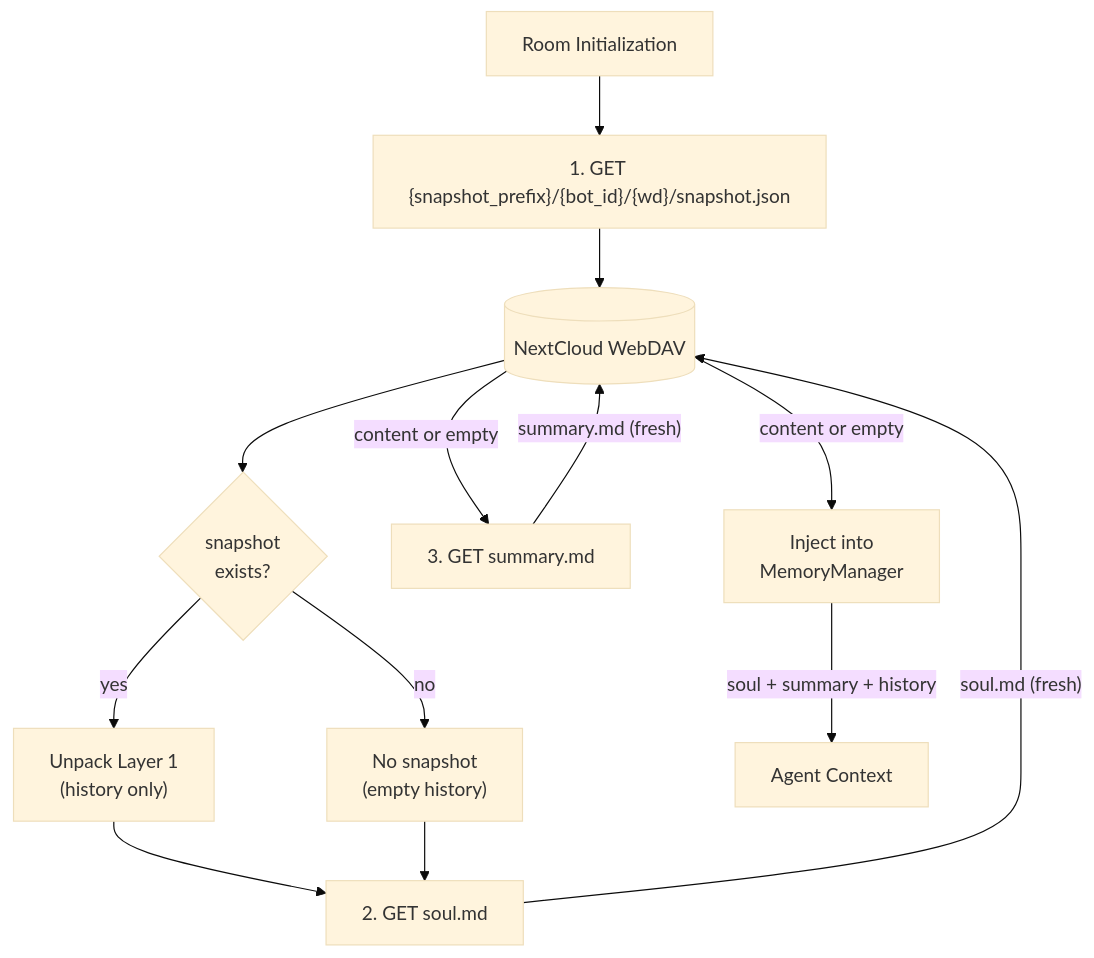
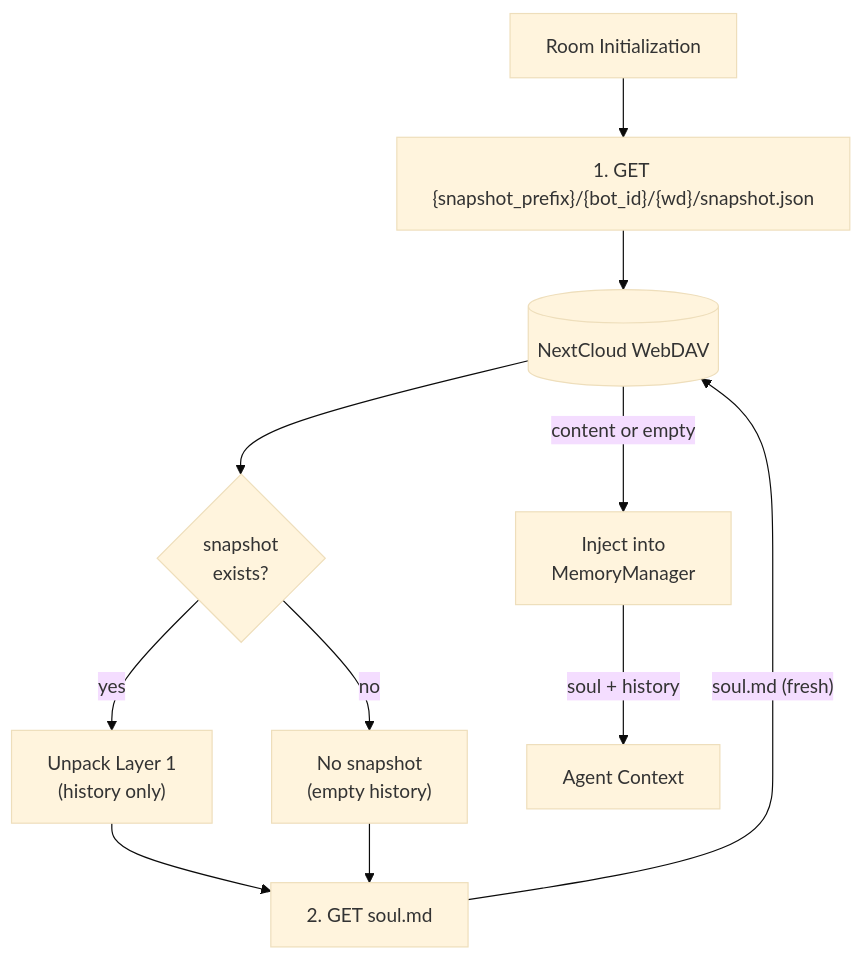
Before and after one commit to cosmoswafer/rockbot: the fourth of 6 diagrams in _dfd/memory/memory.md, drawn with Mermaid (base theme). The commit also changed other lines of this file and 19 other files, not shown here.

````diff
--- a/_dfd/memory/memory.md
+++ b/_dfd/memory/memory.md
@@ -161,25 +153,22 @@
 ```mermaid
 flowchart TD
     INIT[Room Initialization]
     DAV[(NextCloud WebDAV)]
     GET_SNAP["1. GET {snapshot_prefix}/{bot_id}/{wd}/snapshot.json"]
     SNAP_OK{snapshot<br/>exists?}
     UNPACK["Unpack Layer 1<br/>(history only)"]
     MISSING["No snapshot<br/>(empty history)"]
     GET_SOUL["2. GET soul.md"]
-    GET_SUMMARY["3. GET summary.md"]
     INJECT[Inject into<br/>MemoryManager]
 
     INIT --> GET_SNAP
     GET_SNAP --> DAV
     DAV --> SNAP_OK
     SNAP_OK -->|"yes"| UNPACK
     SNAP_OK -->|"no"| MISSING
     UNPACK --> GET_SOUL
     MISSING --> GET_SOUL
     GET_SOUL -->|"soul.md (fresh)"| DAV
-    DAV -->|"content or empty"| GET_SUMMARY
-    GET_SUMMARY -->|"summary.md (fresh)"| DAV
     DAV -->|"content or empty"| INJECT
-    INJECT -->|"soul + summary + history"| CTX[Agent Context]
+    INJECT -->|"soul + history"| CTX[Agent Context]
 ```
````
